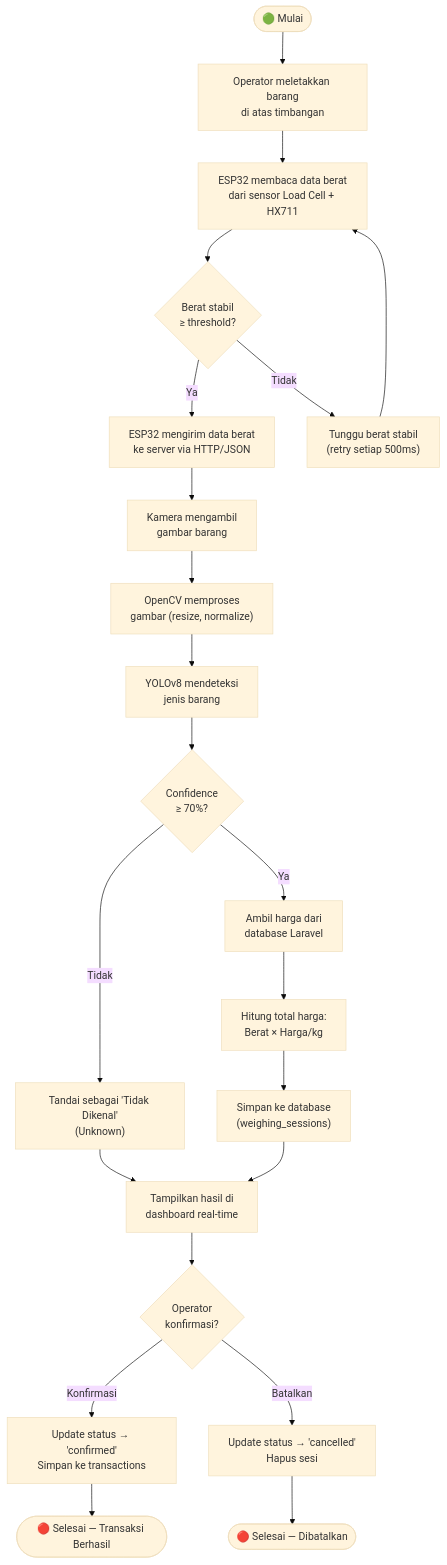
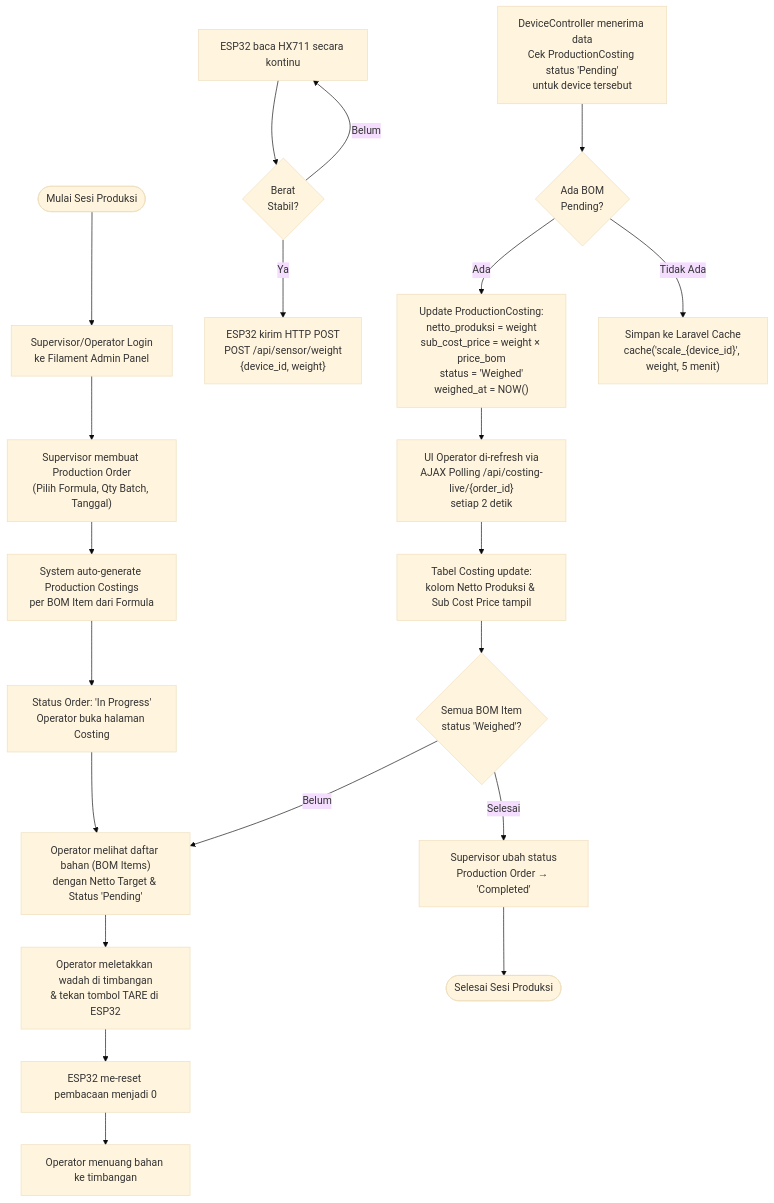
Before and after one commit to algar12/MAGANG_PT_BINA: the second of 7 diagrams in diagram_uml.md, drawn with Mermaid (base theme). The commit also changed other lines of this file, not shown here.

Commit message:
update diagram

````diff
--- a/diagram_uml.md
+++ b/diagram_uml.md
@@ -58,45 +62,46 @@
 ```mermaid
-flowchart TD
-    Start(["🟢 Mulai"])
-    A["Operator meletakkan barang\ndi atas timbangan"]
-    B["ESP32 membaca data berat\ndari sensor Load Cell + HX711"]
-    C{Berat stabil\n≥ threshold?}
-    D["ESP32 mengirim data berat\nke server via HTTP/JSON"]
-    E["Kamera mengambil\ngambar barang"]
-    F["OpenCV memproses\ngambar (resize, normalize)"]
-    G["YOLOv8 mendeteksi\njenis barang"]
-    H{Confidence\n≥ 70%?}
-    I["Tandai sebagai 'Tidak Dikenal'\n(Unknown)"]
-    J["Ambil harga dari\ndatabase Laravel"]
-    K["Hitung total harga:\nBerat × Harga/kg"]
-    L["Simpan ke database\n(weighing_sessions)"]
-    M["Tampilkan hasil di\ndashboard real-time"]
-    N{Operator\nkonfirmasi?}
-    O["Update status → 'confirmed'\nSimpan ke transactions"]
-    P["Update status → 'cancelled'\nHapus sesi"]
-    End1(["🔴 Selesai — Transaksi Berhasil"])
-    End2(["🔴 Selesai — Dibatalkan"])
-    Wait["Tunggu berat stabil\n(retry setiap 500ms)"]
+graph TD
+    Start(["Mulai Sesi Produksi"])
 
-    Start --> A
-    A --> B
-    B --> C
-    C -- "Tidak" --> Wait
-    Wait --> B
-    C -- "Ya" --> D
-    D --> E
-    E --> F
-    F --> G
-    G --> H
-    H -- "Ya" --> J
-    H -- "Tidak" --> I
-    I --> M
-    J --> K
-    K --> L
+    A["Supervisor/Operator Login\nke Filament Admin Panel"]
+    B["Supervisor membuat Production Order\n(Pilih Formula, Qty Batch, Tanggal)"]
+    C["System auto-generate Production Costings\nper BOM Item dari Formula"]
+    D["Status Order: 'In Progress'\nOperator buka halaman Costing"]
+
+    E["Operator melihat daftar bahan (BOM Items)\ndengan Netto Target & Status 'Pending'"]
+    F["Operator meletakkan wadah di timbangan\n& tekan tombol TARE di ESP32"]
+    G["ESP32 me-reset pembacaan menjadi 0"]
+
+    H["Operator menuang bahan ke timbangan"]
+    I["ESP32 baca HX711 secara kontinu"]
+    J{"Berat\nStabil?"}
+
+    I --> J
+    J -- "Belum" --> I
+
+    J -- "Ya" --> K["ESP32 kirim HTTP POST\nPOST /api/sensor/weight\n{device_id, weight}"]
+
+    L["DeviceController menerima data\nCek ProductionCosting status 'Pending'\nuntuk device tersebut"]
+
+    M{"Ada BOM\nPending?"}
     L --> M
-    M --> N
-    N -- "Konfirmasi" --> O
-    N -- "Batalkan" --> P
-    O --> End1
-    P --> End2
+
+    M -- "Ada" --> N["Update ProductionCosting:\nnetto_produksi = weight\nsub_cost_price = weight × price_bom\nstatus = 'Weighed'\nweighed_at = NOW()"]
+
+    M -- "Tidak Ada" --> O["Simpan ke Laravel Cache\ncache('scale_{device_id}', weight, 5 menit)"]
+
+    P["UI Operator di-refresh via\nAJAX Polling /api/costing-live/{order_id}\nsetiap 2 detik"]
+
+    Q["Tabel Costing update:\nkolom Netto Produksi & Sub Cost Price tampil"]
+
+    R{"Semua BOM Item\nstatus 'Weighed'?"}
+
+    S["Supervisor ubah status\nProduction Order → 'Completed'"]
+
+    N --> P --> Q --> R
+    R -- "Belum" --> E
+    R -- "Selesai" --> S
+    S --> End(["Selesai Sesi Produksi"])
+
+    Start --> A --> B --> C --> D --> E --> F --> G --> H
 ```
````
